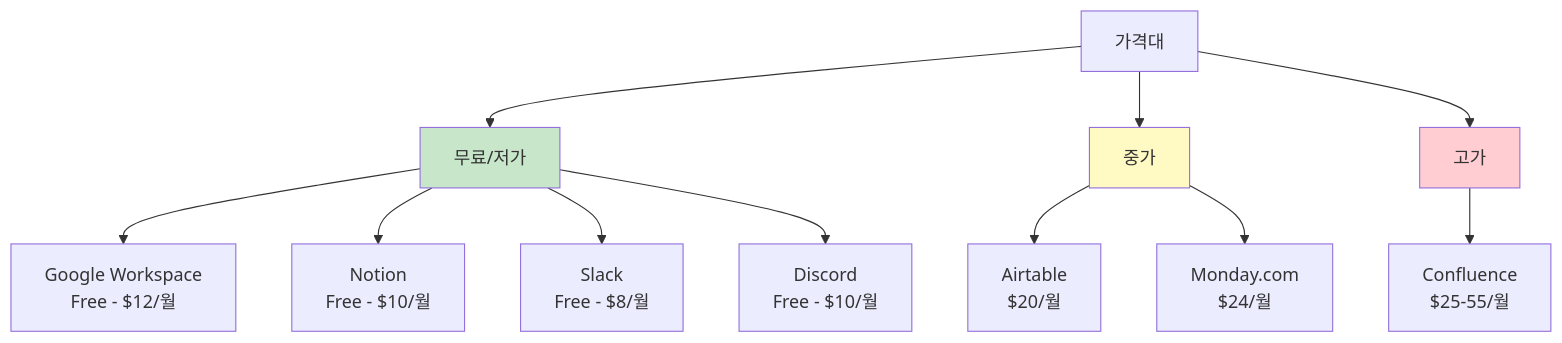
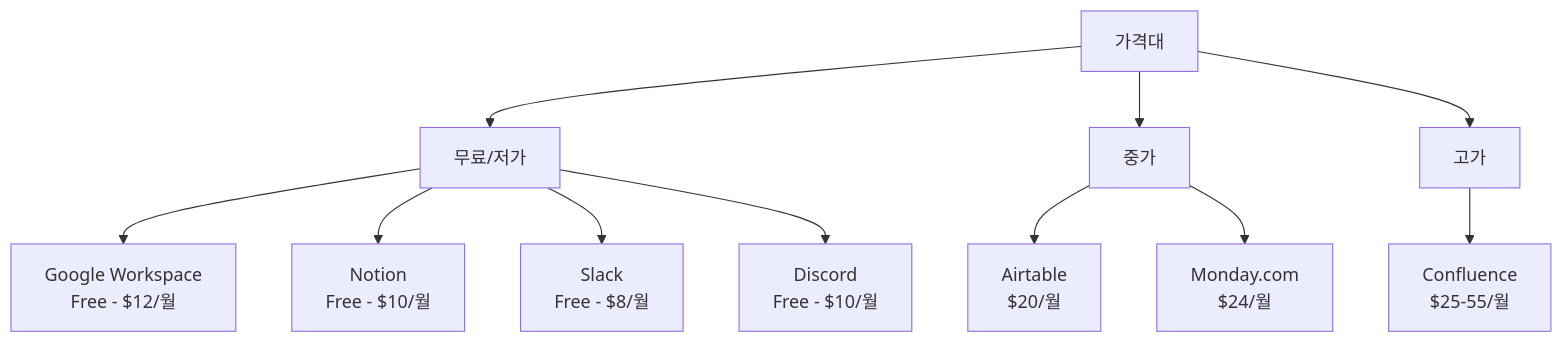
One commit to nugurejeil/weniVooks changed the tenth of 20 diagrams in _md/genai-notion/chapter06/06-2.md. Above: the diagram before and after it, drawn with Mermaid. The commit also changed other lines of this file and 187 other files, not shown here.

````diff
--- a/_md/genai-notion/chapter06/06-2.md
+++ b/_md/genai-notion/chapter06/06-2.md
@@ -539,20 +526,16 @@
 ```mermaid
 graph TD
     A[가격대] --> B[무료/저가]
     A --> C[중가]
     A --> D[고가]
 
     B --> B1[Google Workspace<br/>Free - $12/월]
     B --> B2[Notion<br/>Free - $10/월]
     B --> B3[Slack<br/>Free - $8/월]
     B --> B4[Discord<br/>Free - $10/월]
 
     C --> C1[Airtable<br/>$20/월]
     C --> C2[Monday.com<br/>$24/월]
 
     D --> D1[Confluence<br/>$25-55/월]
-
-    style B fill:#C8E6C9
-    style C fill:#FFF9C4
-    style D fill:#FFCDD2
 ```
````
